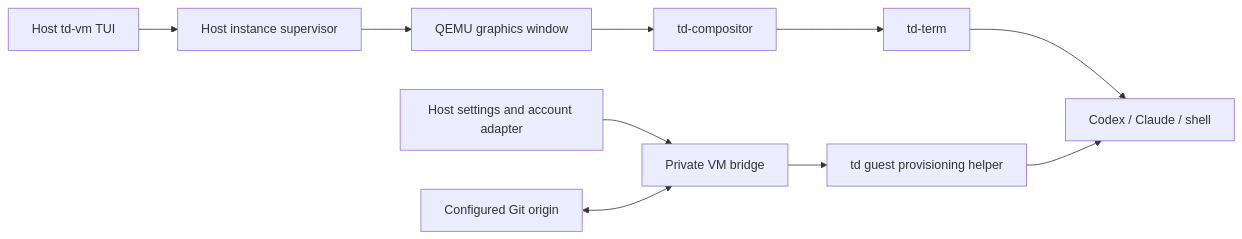
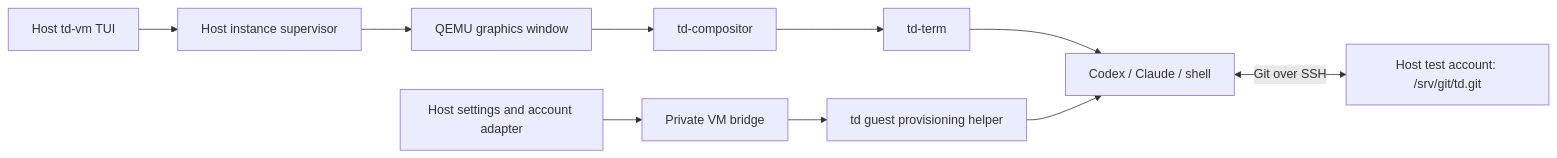
One commit to timmydo/td changed the first of 2 diagrams in td-review/VM.md. Above: the diagram before and after it, drawn with Mermaid. The commit also changed other lines of this file, not shown here.

````diff
--- a/td-review/VM.md
+++ b/td-review/VM.md
@@ -37,12 +37,12 @@
 ```mermaid
 flowchart LR
     TUI[Host td-vm TUI] --> Supervisor[Host instance supervisor]
     Supervisor --> QEMU[QEMU graphics window]
     QEMU --> Compositor[td-compositor]
     Compositor --> Terminal[td-term]
     Terminal --> Agent[Codex / Claude / shell]
     Host[Host settings and account adapter] --> Bridge[Private VM bridge]
     Bridge --> Guest[td guest provisioning helper]
     Guest --> Agent
-    Repo[Configured Git origin] <--> Bridge
+    Agent <-->|Git over SSH| Repo[Host test account: /srv/git/td.git]
 ```
````
